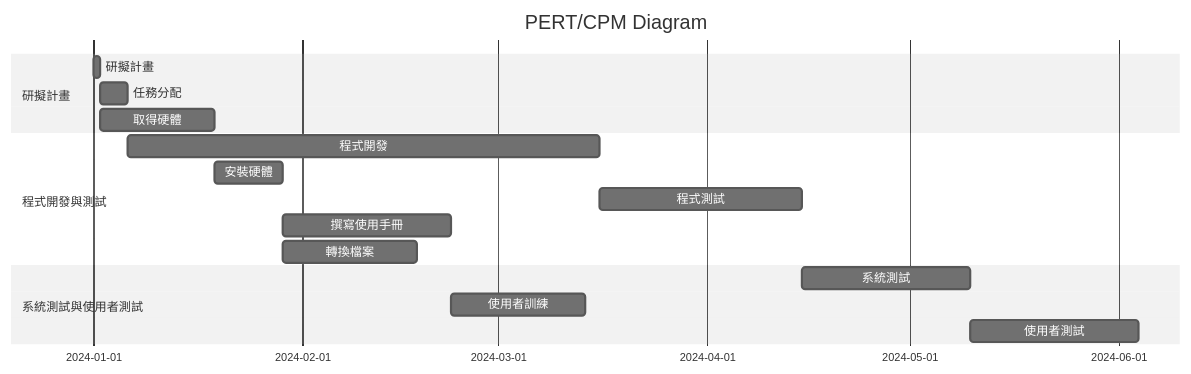
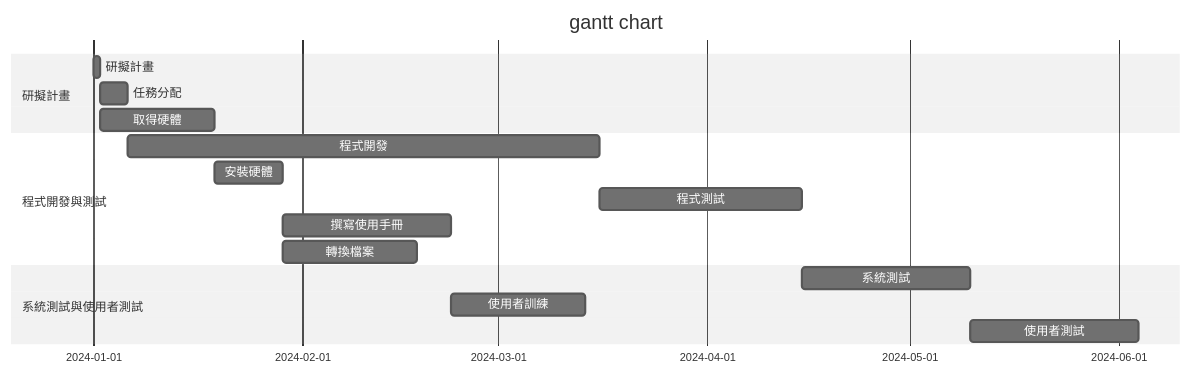
The diagram in hw2.md (zoey0603/hw2), drawn with Mermaid (neutral theme) before and after one commit.

````diff
--- a/hw2.md
+++ b/hw2.md
@@ -4,21 +4,21 @@
 ```mermaid
 gantt
-    title PERT/CPM Diagram
+    title  gantt chart
 
     section 研擬計畫
     研擬計畫          :a1, 2024-01-01, 1d
     任務分配          :a2, after a1, 4d
     取得硬體          :a3, after a1, 17d
 
     section 程式開發與測試
     程式開發          :a4, after a2, 70d
     安裝硬體          :a5, after a3, 10d
     程式測試          :a6, after a4, 30d
     撰寫使用手冊      :a7, after a5, 25d
     轉換檔案          :a8, after a5, 20d
 
     section 系統測試與使用者測試
     系統測試          :a9, after a6, 25d
     使用者訓練        :a10, after a7, 20d
     使用者測試        :a11, after a9, 25d
 ```
````
